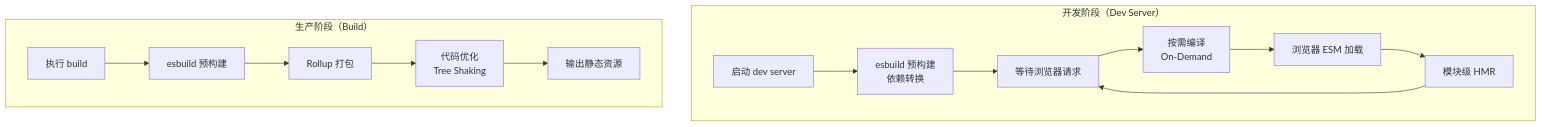
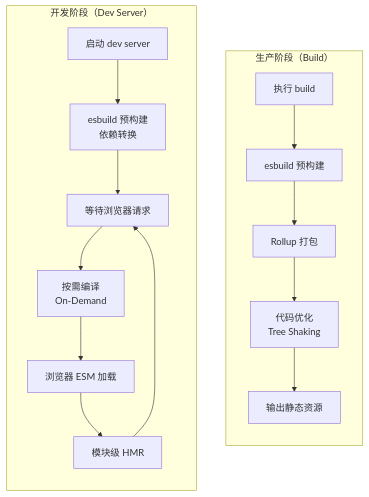
Before and after one commit to pedyc/dg.pedyc: the diagram in content/40-RESOURCES/Vite.md, drawn with Mermaid. The commit also changed other lines of this file and 3 other files, not shown here.

````diff
--- a/content/40-RESOURCES/Vite.md
+++ b/content/40-RESOURCES/Vite.md
@@ -39,18 +39,20 @@
 ```mermaid
-flowchart TB
+flowchart LR
     subgraph dev["开发阶段（Dev Server）"]
         A[启动 dev server] --> B[esbuild 预构建<br/>依赖转换]
         B --> C[等待浏览器请求]
         C --> D[按需编译<br/>On-Demand]
         D --> E[浏览器 ESM 加载]
         E --> F[模块级 HMR]
         F --> C
     end
 
     subgraph prod["生产阶段（Build）"]
         G[执行 build] --> H[esbuild 预构建]
         H --> I[Rollup 打包]
         I --> J[代码优化<br/>Tree Shaking]
         J --> K[输出静态资源]
     end
+    
+    dev~~~prod
 ```
````
